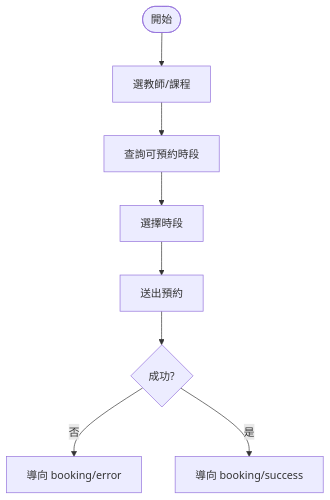
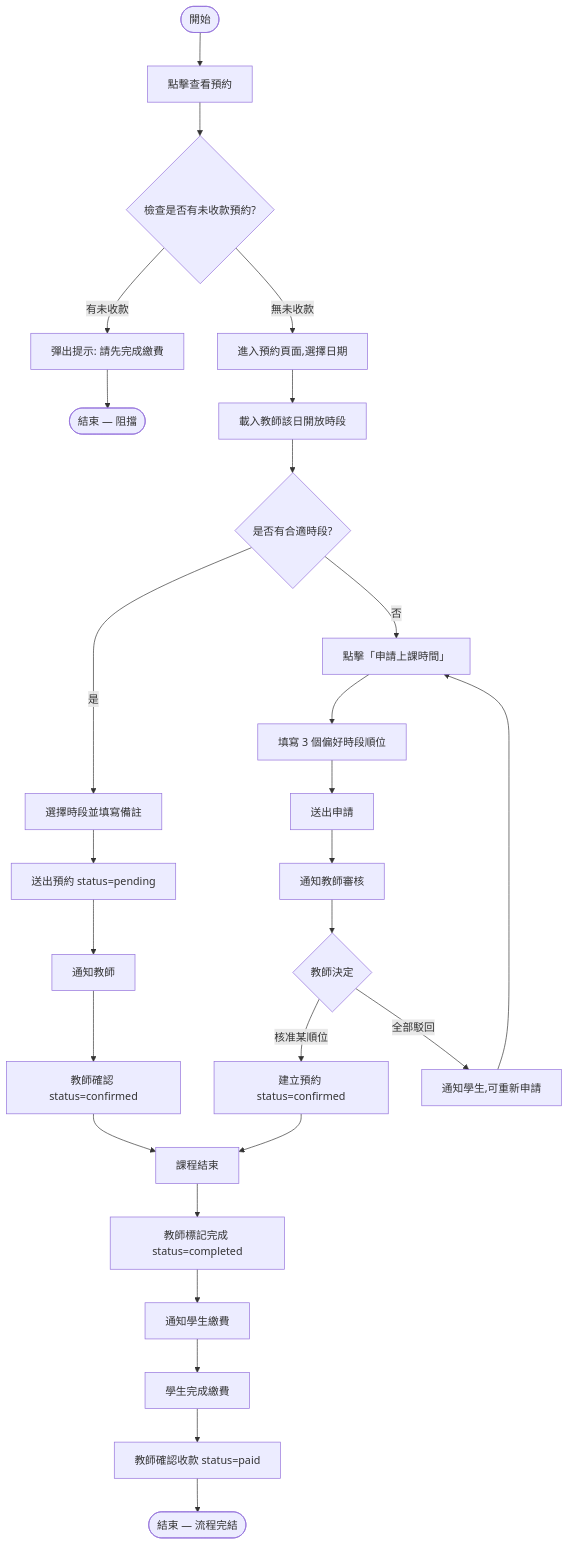
One commit to kentlin0919/time_carve_web changed the sixth of 7 diagrams in docs/diagrams/04-student-booking.md. Above: the diagram before and after it, drawn with Mermaid. The commit also changed other lines of this file and 5 other files, not shown here.

````diff
--- a/docs/diagrams/04-student-booking.md
+++ b/docs/diagrams/04-student-booking.md
@@ -40,10 +214,34 @@
 ```mermaid
 flowchart TD
-    A([開始]) --> B[選教師/課程]
-    B --> C[查詢可預約時段]
-    C --> D[選擇時段]
-    D --> E[送出預約]
-    E --> F{成功?}
-    F -- 否 --> G[導向 booking/error]
-    F -- 是 --> H[導向 booking/success]
+    A([開始]) --> B[點擊查看預約]
+    B --> C{檢查是否有未收款預約?}
+
+    C -- 有未收款 --> D[彈出提示: 請先完成繳費]
+    D --> E([結束 — 阻擋])
+
+    C -- 無未收款 --> F[進入預約頁面,選擇日期]
+    F --> G[載入教師該日開放時段]
+    G --> H{是否有合適時段?}
+
+    H -- 是 --> I[選擇時段並填寫備註]
+    I --> J[送出預約 status=pending]
+    J --> K[通知教師]
+    K --> L[教師確認 status=confirmed]
+
+    H -- 否 --> M[點擊「申請上課時間」]
+    M --> N[填寫 3 個偏好時段順位]
+    N --> O[送出申請]
+    O --> P[通知教師審核]
+    P --> Q{教師決定}
+    Q -- 核准某順位 --> R[建立預約 status=confirmed]
+    Q -- 全部駁回 --> S[通知學生,可重新申請]
+    S --> M
+
+    L --> T[課程結束]
+    R --> T
+    T --> U[教師標記完成 status=completed]
+    U --> V[通知學生繳費]
+    V --> W[學生完成繳費]
+    W --> X[教師確認收款 status=paid]
+    X --> Y([結束 — 流程完結])
 ```
````
